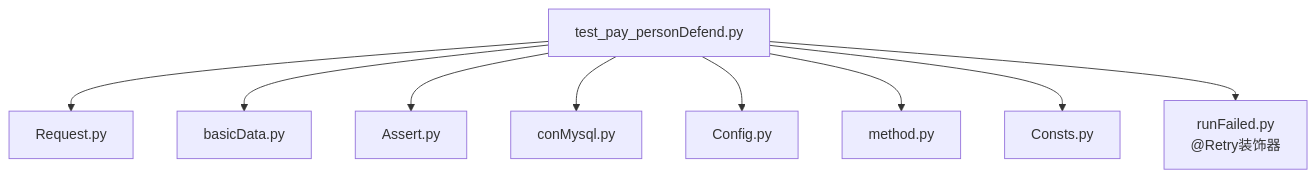
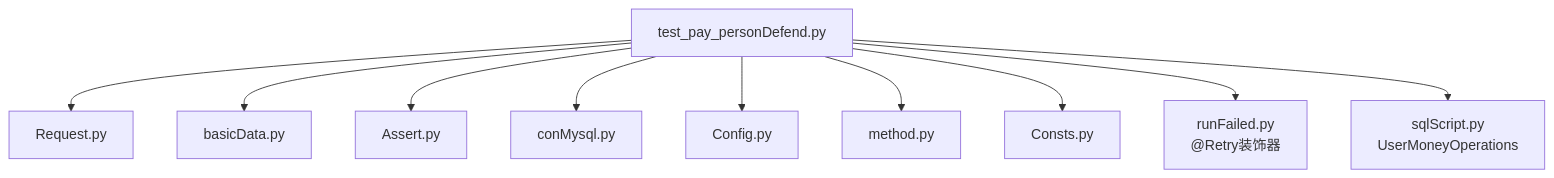
Before and after one commit to liximing1-ola/qa-payTest: the seventh of 7 diagrams in .qoder/repowiki/zh/content/支付测试用例/房间支付测试/个人守护支付测试.md, drawn with Mermaid. The commit also changed other lines of this file and 3 other files, not shown here.

````diff
--- a/.qoder/repowiki/zh/content/支付测试用例/房间支付测试/个人守护支付测试.md
+++ b/.qoder/repowiki/zh/content/支付测试用例/房间支付测试/个人守护支付测试.md
@@ -269,11 +301,12 @@
 ```mermaid
 graph TB
 TP["test_pay_personDefend.py"] --> REQ["Request.py"]
 TP --> BD["basicData.py"]
 TP --> AS["Assert.py"]
 TP --> CM["conMysql.py"]
 TP --> CFG["Config.py"]
 TP --> METH["method.py"]
 TP --> CST["Consts.py"]
 TP --> RF["runFailed.py<br/>@Retry装饰器"]
+TP --> US["sqlScript.py<br/>UserMoneyOperations"]
 ```
````
